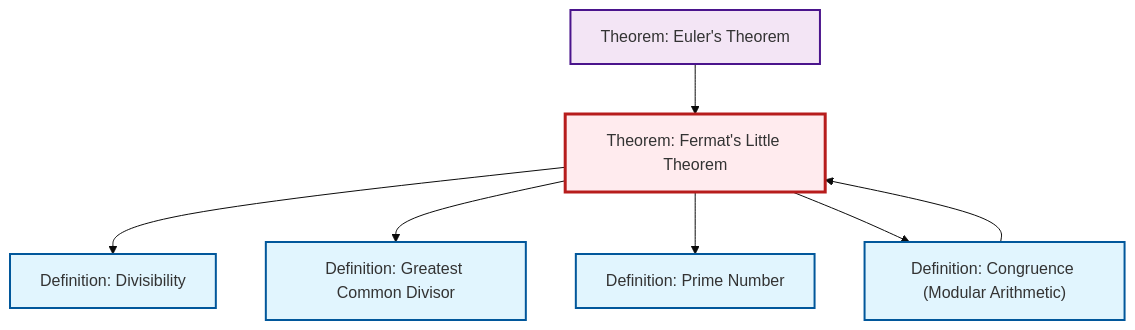
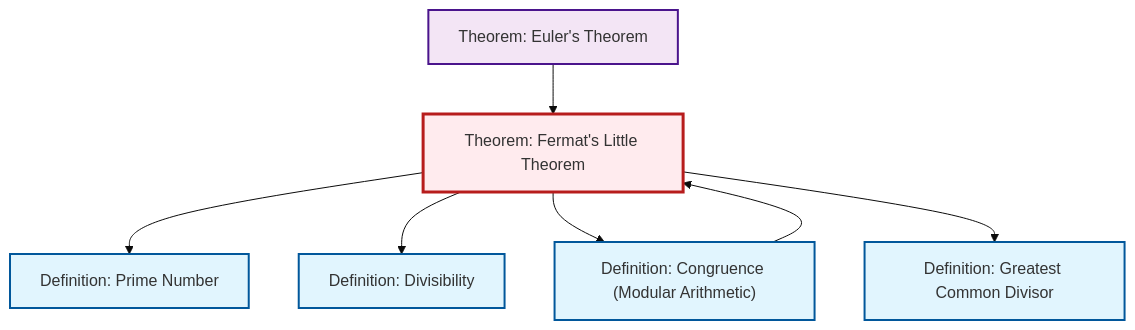
One commit to RK0429/ModernMath changed the diagram in content/en/number-theory/thm-fermat-little.qmd. Above: the diagram before and after it, drawn with Mermaid (base theme). The commit also changed other lines of this file and 654 other files, not shown here.

````diff
--- a/content/en/number-theory/thm-fermat-little.qmd
+++ b/content/en/number-theory/thm-fermat-little.qmd
@@ -90,27 +90,27 @@
 ```{mermaid}
 %%| fig-cap: "Local dependency graph"
 graph TD
     classDef definition fill:#e1f5fe,stroke:#01579b,stroke-width:2px
     classDef theorem fill:#f3e5f5,stroke:#4a148c,stroke-width:2px
     classDef axiom fill:#fff3e0,stroke:#e65100,stroke-width:2px
     classDef example fill:#e8f5e9,stroke:#1b5e20,stroke-width:2px
     classDef current fill:#ffebee,stroke:#b71c1c,stroke-width:3px
+    thm-fermat-little["Theorem: Fermat's Little Theorem"]:::theorem
     def-gcd["Definition: Greatest Common Divisor"]:::definition
+    def-divisibility["Definition: Divisibility"]:::definition
     thm-euler["Theorem: Euler's Theorem"]:::theorem
-    thm-fermat-little["Theorem: Fermat's Little Theorem"]:::theorem
+    def-prime["Definition: Prime Number"]:::definition
     def-congruence["Definition: Congruence (Modular Arithmetic)"]:::definition
-    def-divisibility["Definition: Divisibility"]:::definition
-    def-prime["Definition: Prime Number"]:::definition
+    thm-euler --> thm-fermat-little
+    thm-fermat-little --> def-prime
+    def-congruence --> thm-fermat-little
     thm-fermat-little --> def-divisibility
-    thm-euler --> thm-fermat-little
+    thm-fermat-little --> def-congruence
     thm-fermat-little --> def-gcd
-    thm-fermat-little --> def-prime
-    thm-fermat-little --> def-congruence
-    def-congruence --> thm-fermat-little
     class thm-fermat-little current
     click def-gcd "def-gcd.html" "Go to Greatest Common Divisor definition"
+    click def-divisibility "def-divisibility.html" "Go to Divisibility definition"
     click thm-euler "thm-euler.html" "Go to Euler's Theorem theorem"
+    click def-prime "def-prime.html" "Go to Prime Number definition"
     click def-congruence "def-congruence.html" "Go to Congruence (Modular Arithmetic) definition"
-    click def-divisibility "def-divisibility.html" "Go to Divisibility definition"
-    click def-prime "def-prime.html" "Go to Prime Number definition"
 ```
````
